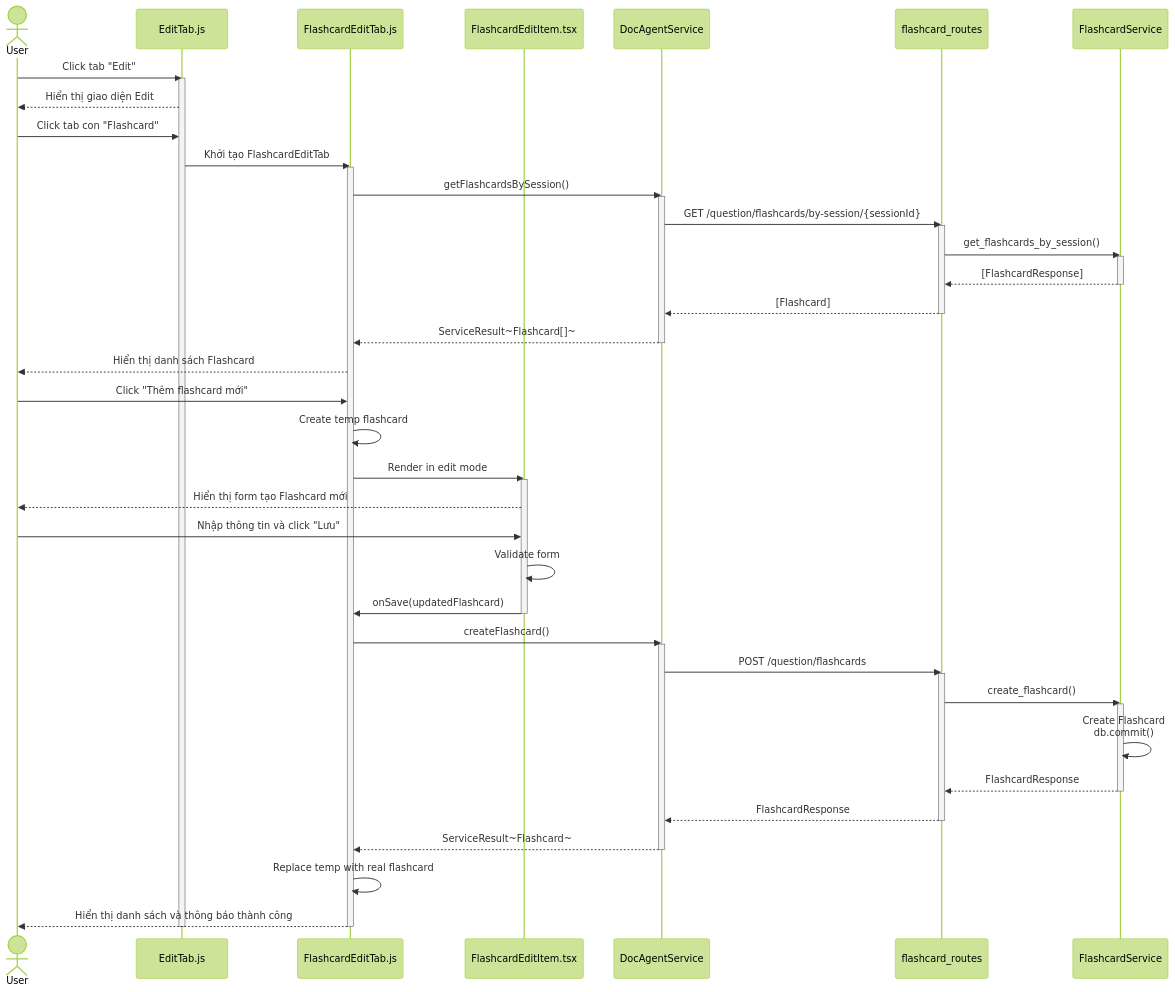
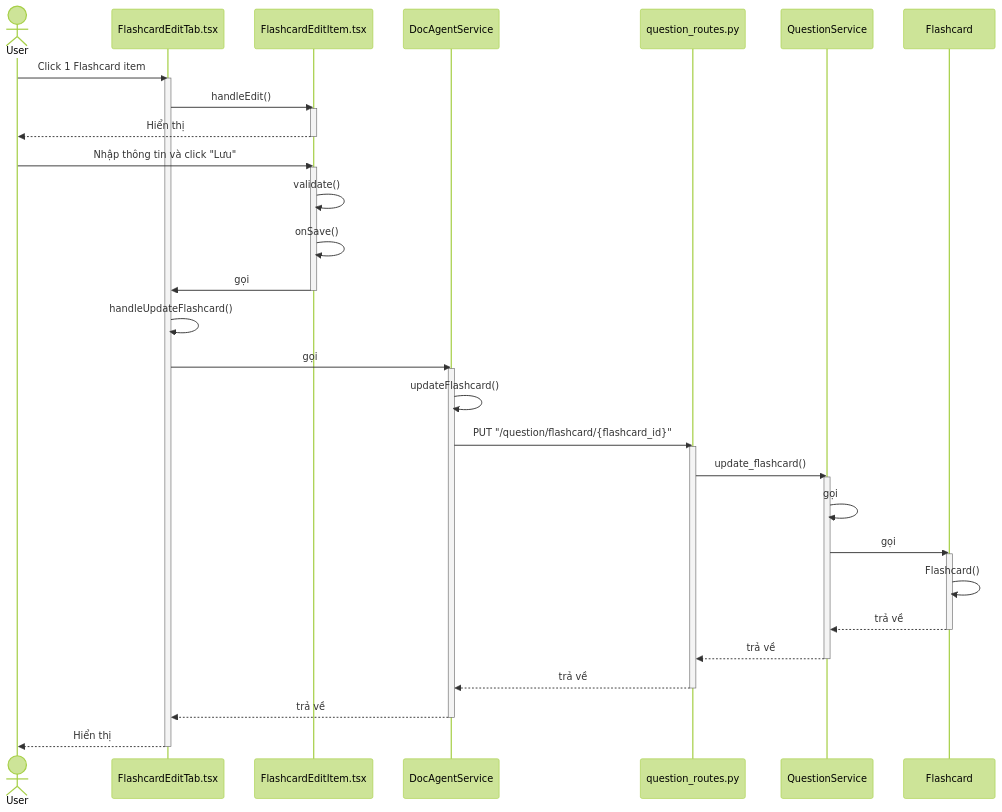
Before and after one commit to mduc-2610/gp_doc: the fifth of 10 diagrams in question/4_question_management_seq.md, drawn with Mermaid (forest theme). The commit also changed other lines of this file and 34 other files, not shown here.

````diff
--- a/question/4_question_management_seq.md
+++ b/question/4_question_management_seq.md
@@ -269,69 +240,57 @@
 ```mermaid
 sequenceDiagram
     actor User
-    participant EditTab as EditTab.js
-    participant FlashcardEditTab as FlashcardEditTab.js
+    participant FlashcardEditTab as FlashcardEditTab.tsx
     participant FlashcardEditItem as FlashcardEditItem.tsx
     participant DocAgentService as DocAgentService
-    participant FlashcardRoutes as flashcard_routes
-    participant FlashcardService as FlashcardService
+    participant QuestionRoutes as question_routes.py
+    participant QuestionService as QuestionService
+    participant Flashcard as Flashcard
 
-    User->>EditTab: Click tab "Edit"
-    activate EditTab
-    EditTab-->>User: Hiển thị giao diện Edit
-    
-    User->>EditTab: Click tab con "Flashcard"
-    EditTab->>FlashcardEditTab: Khởi tạo FlashcardEditTab
+    User->>FlashcardEditTab: Click 1 Flashcard item
     activate FlashcardEditTab
     
-    FlashcardEditTab->>DocAgentService: getFlashcardsBySession()
+    FlashcardEditTab->>FlashcardEditItem: handleEdit()
+    activate FlashcardEditItem
+    FlashcardEditItem-->>User: Hiển thị
+    deactivate FlashcardEditItem
+    
+    User->>FlashcardEditItem: Nhập thông tin và click "Lưu"
+    activate FlashcardEditItem
+    
+    FlashcardEditItem->>FlashcardEditItem: validate()
+    FlashcardEditItem->>FlashcardEditItem: onSave()
+    FlashcardEditItem->>FlashcardEditTab: gọi
+    deactivate FlashcardEditItem
+    
+    FlashcardEditTab->>FlashcardEditTab: handleUpdateFlashcard()
+    FlashcardEditTab->>DocAgentService: gọi
     activate DocAgentService
-    DocAgentService->>FlashcardRoutes: GET /question/flashcards/by-session/{sessionId}
-    activate FlashcardRoutes
-    FlashcardRoutes->>FlashcardService: get_flashcards_by_session()
-    activate FlashcardService
-    FlashcardService-->>FlashcardRoutes: [FlashcardResponse]
-    deactivate FlashcardService
-    FlashcardRoutes-->>DocAgentService: [Flashcard]
-    deactivate FlashcardRoutes
-    DocAgentService-->>FlashcardEditTab: ServiceResult~Flashcard[]~
+    
+    DocAgentService->>DocAgentService: updateFlashcard()
+    DocAgentService->>QuestionRoutes: PUT "/question/flashcard/{flashcard_id}"
+    activate QuestionRoutes
+    
+    QuestionRoutes->>QuestionService: update_flashcard()
+    activate QuestionService
+    
+    QuestionService->>QuestionService: gọi
+    QuestionService->>Flashcard: gọi
+    activate Flashcard
+    
+    Flashcard->>Flashcard: Flashcard()
+    Flashcard-->>QuestionService: trả về
+    deactivate Flashcard
+    
+    QuestionService-->>QuestionRoutes: trả về
+    deactivate QuestionService
+    
+    QuestionRoutes-->>DocAgentService: trả về
+    deactivate QuestionRoutes
+    
+    DocAgentService-->>FlashcardEditTab: trả về
     deactivate DocAgentService
     
-    FlashcardEditTab-->>User: Hiển thị danh sách Flashcard
-    
-    User->>FlashcardEditTab: Click "Thêm flashcard mới"
-    FlashcardEditTab->>FlashcardEditTab: Create temp flashcard
-    FlashcardEditTab->>FlashcardEditItem: Render in edit mode
-    activate FlashcardEditItem
-    FlashcardEditItem-->>User: Hiển thị form tạo Flashcard mới
-    
-    User->>FlashcardEditItem: Nhập thông tin và click "Lưu"
-    FlashcardEditItem->>FlashcardEditItem: Validate form
-    FlashcardEditItem->>FlashcardEditTab: onSave(updatedFlashcard)
-    deactivate FlashcardEditItem
-    
-    FlashcardEditTab->>DocAgentService: createFlashcard()
-    activate DocAgentService
-    
-    DocAgentService->>FlashcardRoutes: POST /question/flashcards
-    activate FlashcardRoutes
-    
-    FlashcardRoutes->>FlashcardService: create_flashcard()
-    activate FlashcardService
-    
-    FlashcardService->>FlashcardService: Create Flashcard<br/>db.commit()
-    
-    FlashcardService-->>FlashcardRoutes: FlashcardResponse
-    deactivate FlashcardService
-    
-    FlashcardRoutes-->>DocAgentService: FlashcardResponse
-    deactivate FlashcardRoutes
-    
-    DocAgentService-->>FlashcardEditTab: ServiceResult~Flashcard~
-    deactivate DocAgentService
-    
-    FlashcardEditTab->>FlashcardEditTab: Replace temp with real flashcard
-    FlashcardEditTab-->>User: Hiển thị danh sách và thông báo thành công
+    FlashcardEditTab-->>User: Hiển thị
     deactivate FlashcardEditTab
-    deactivate EditTab
 ```
````
